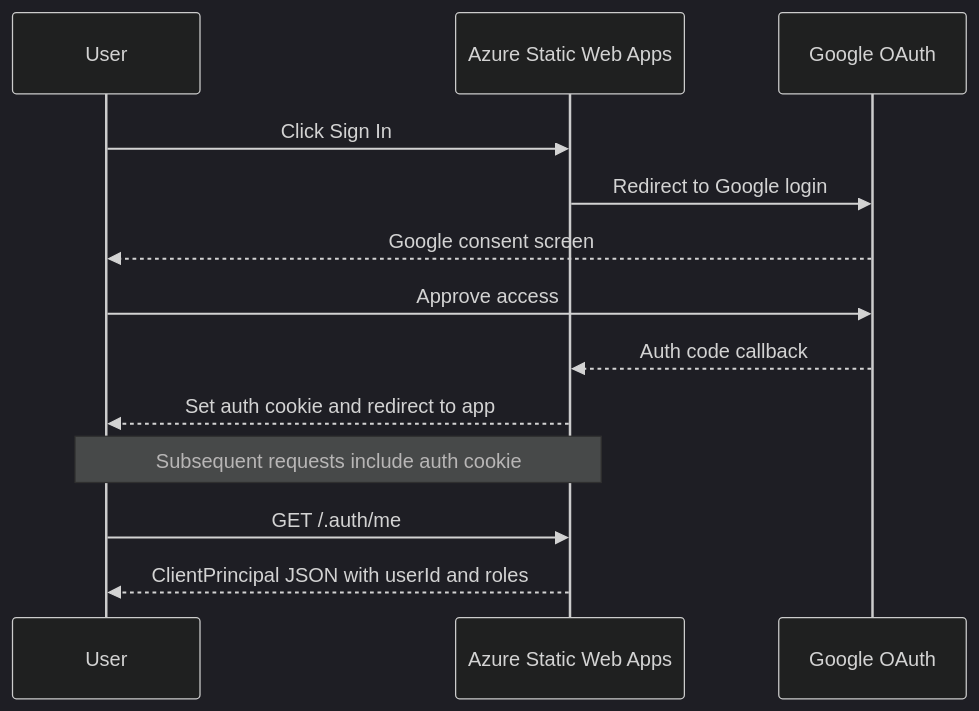
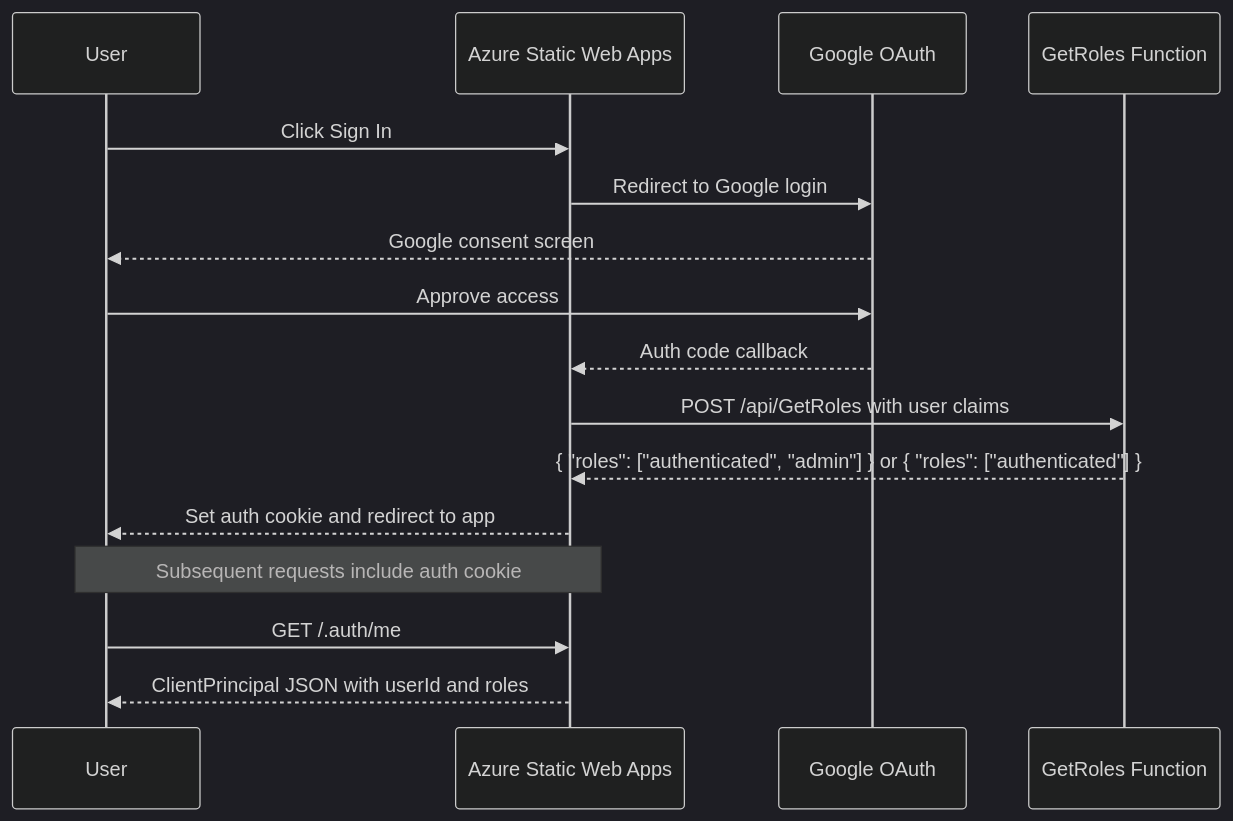
Before and after one commit to Vilvu/viski-ilta: the first of 2 diagrams in context/WhiskyApp/deployment.md, drawn with Mermaid (dark theme). The commit also changed other lines of this file and 5 other files, not shown here.

````diff
--- a/context/WhiskyApp/deployment.md
+++ b/context/WhiskyApp/deployment.md
@@ -309,16 +339,19 @@
 ```mermaid
 sequenceDiagram
     participant U as User
     participant SWA as Azure Static Web Apps
     participant G as Google OAuth
+    participant F as GetRoles Function
 
     U->>SWA: Click Sign In
     SWA->>G: Redirect to Google login
     G-->>U: Google consent screen
     U->>G: Approve access
     G-->>SWA: Auth code callback
+    SWA->>F: POST /api/GetRoles with user claims
+    F-->>SWA: { "roles": ["authenticated", "admin"] } or { "roles": ["authenticated"] }
     SWA-->>U: Set auth cookie and redirect to app
     Note over U,SWA: Subsequent requests include auth cookie
     U->>SWA: GET /.auth/me
     SWA-->>U: ClientPrincipal JSON with userId and roles
 ```
````
